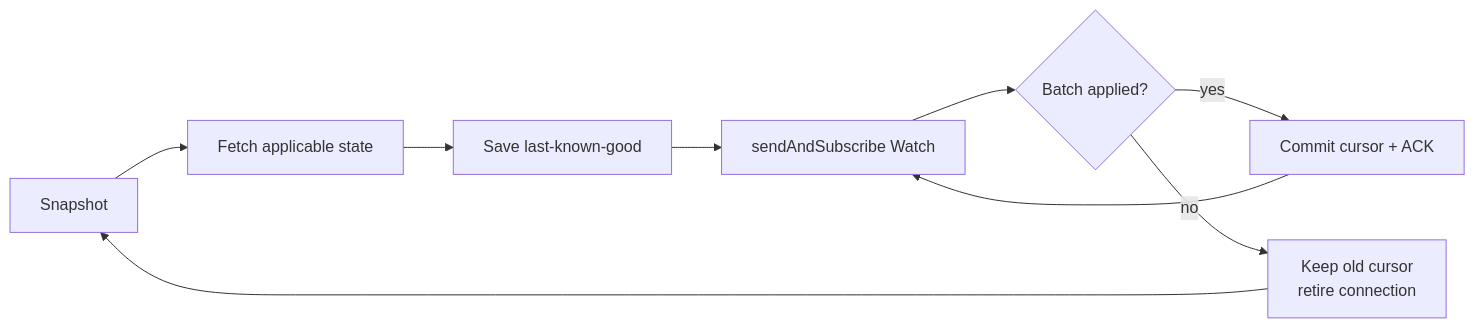
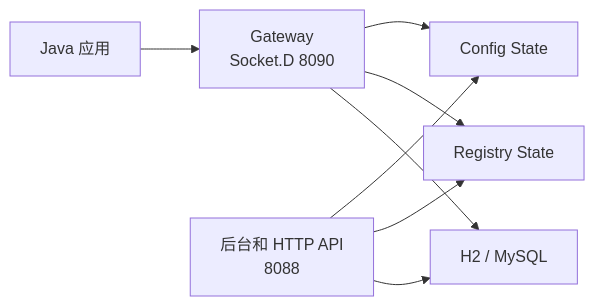
The diagram in doc/architecture.md (wang-jianwu/xuantong), drawn with Mermaid before and after one commit. The commit also changed other lines of this file and 12 other files, not shown here.

````diff
--- a/doc/architecture.md
+++ b/doc/architecture.md
@@ -357,11 +7,17 @@
-```mermaid
+~~~mermaid
 flowchart LR
-    A["Snapshot"] --> B["Fetch applicable state"]
-    B --> C["Save last-known-good"]
-    C --> D["sendAndSubscribe Watch"]
-    D --> E{"Batch applied?"}
-    E -- "yes" --> F["Commit cursor + ACK"]
-    E -- "no" --> G["Keep old cursor\nretire connection"]
-    F --> D
-    G --> A
-```
+    APP["Java 应用"]
+    GW["Gateway<br/>Socket.D 8090"]
+    CONFIG["Config State"]
+    REGISTRY["Registry State"]
+    ADMIN["后台和 HTTP API<br/>8088"]
+    DB["H2 / MySQL"]
+
+    APP --> GW
+    GW --> CONFIG
+    GW --> REGISTRY
+    ADMIN --> CONFIG
+    ADMIN --> REGISTRY
+    ADMIN --> DB
+    GW --> DB
+~~~
````
